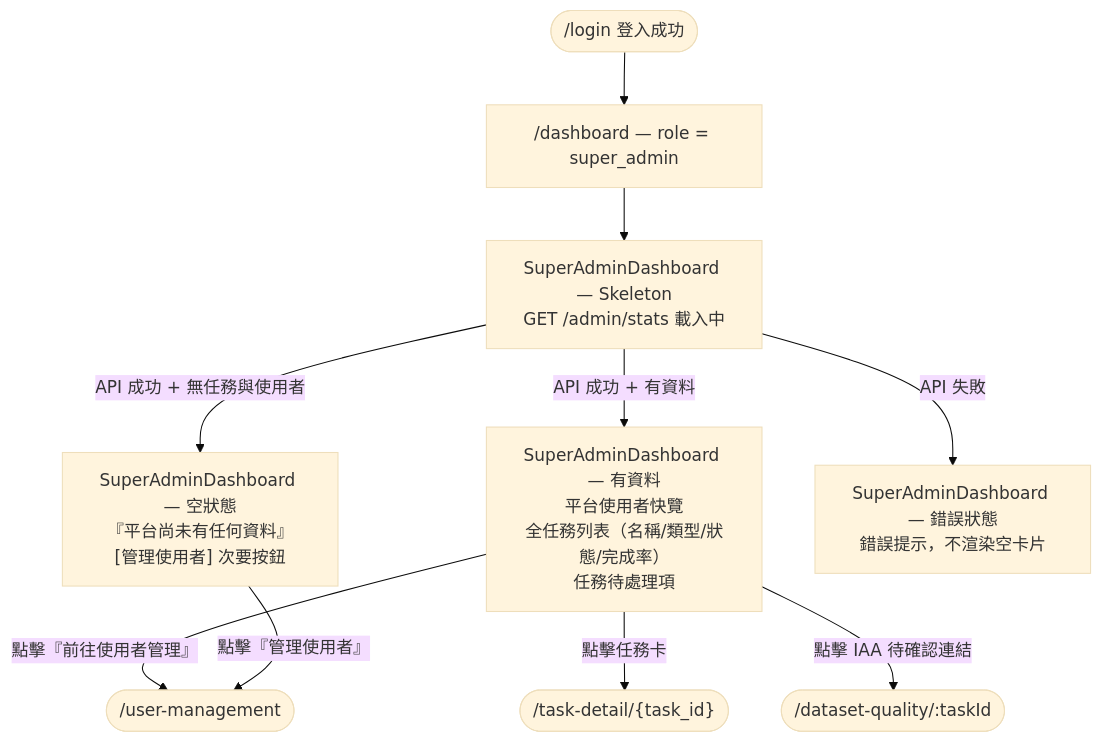
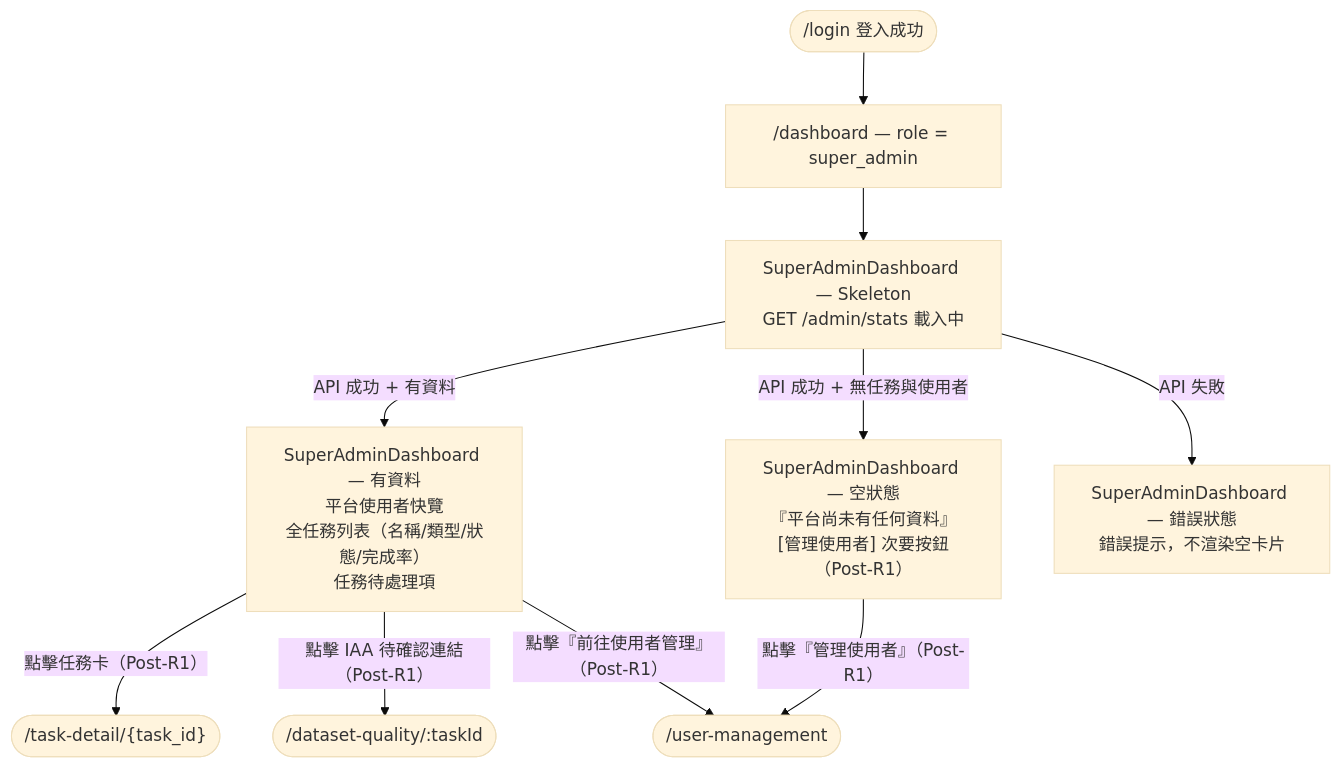
One commit to singyichen/label-suite changed the third of 7 diagrams in specs/dashboard/012-dashboard/spec.md. Above: the diagram before and after it, drawn with Mermaid (base theme). The commit also changed other lines of this file and 1 other file, not shown here.

First line of the commit message:
design(wireframe): refine dashboard SA-2 frame heights and label copy

````diff
--- a/specs/dashboard/012-dashboard/spec.md
+++ b/specs/dashboard/012-dashboard/spec.md
@@ -190,12 +219,12 @@
 ```mermaid
 flowchart TD
     A(["/login 登入成功"]) --> B["/dashboard — role = super_admin"]
     B --> C["SuperAdminDashboard — Skeleton\nGET /admin/stats 載入中"]
     C -->|"API 成功 + 有資料"| D["SuperAdminDashboard — 有資料\n平台使用者快覽\n全任務列表（名稱/類型/狀態/完成率）\n任務待處理項"]
-    C -->|"API 成功 + 無任務與使用者"| E["SuperAdminDashboard — 空狀態\n『平台尚未有任何資料』\n[管理使用者] 次要按鈕"]
+    C -->|"API 成功 + 無任務與使用者"| E["SuperAdminDashboard — 空狀態\n『平台尚未有任何資料』\n[管理使用者] 次要按鈕（Post-R1）"]
     C -->|"API 失敗"| F["SuperAdminDashboard — 錯誤狀態\n錯誤提示，不渲染空卡片"]
-    D -->|"點擊『前往使用者管理』"| G(["/user-management"])
-    D -->|"點擊任務卡"| H(["/task-detail/{task_id}"])
-    D -->|"點擊 IAA 待確認連結"| I(["/dataset-quality/:taskId"])
-    E -->|"點擊『管理使用者』"| G
+    D -->|"點擊任務卡（Post-R1）"| H(["/task-detail/{task_id}"])
+    D -->|"點擊 IAA 待確認連結（Post-R1）"| I(["/dataset-quality/:taskId"])
+    D -->|"點擊『前往使用者管理』（Post-R1）"| G(["/user-management"])
+    E -->|"點擊『管理使用者』（Post-R1）"| G
 ```
````
